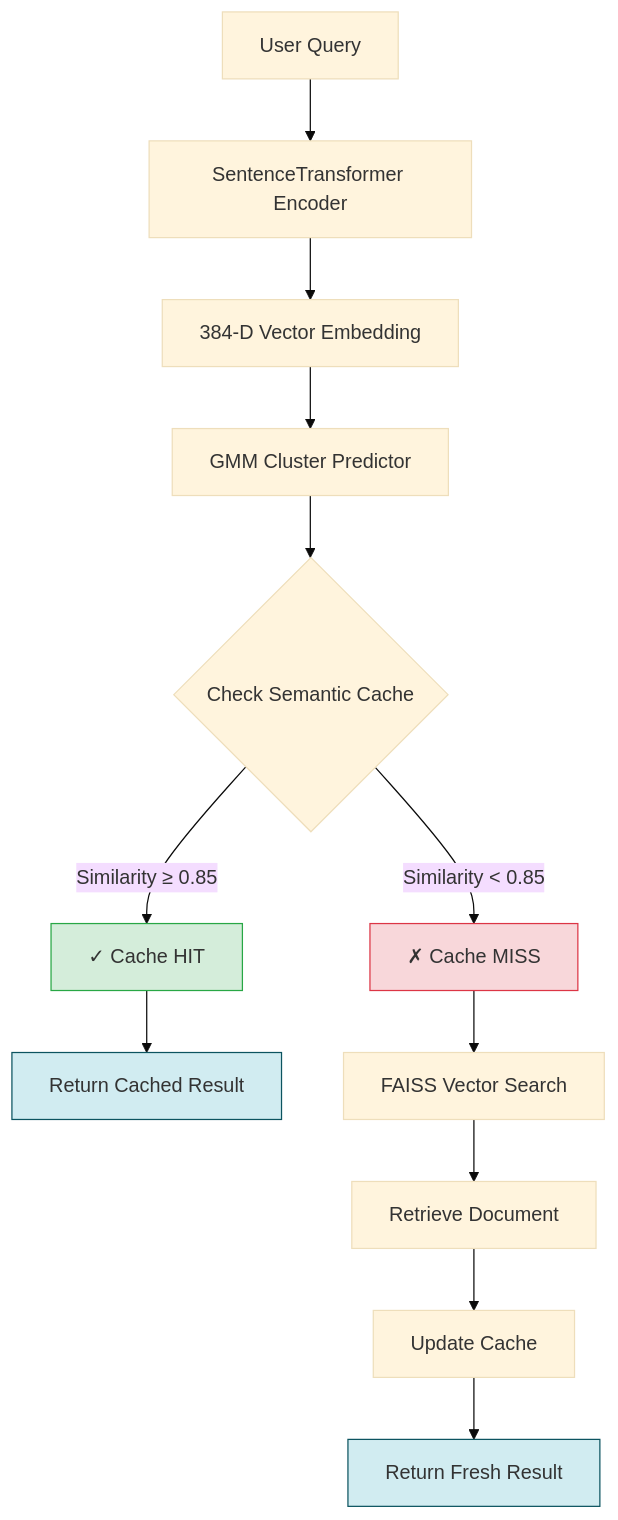
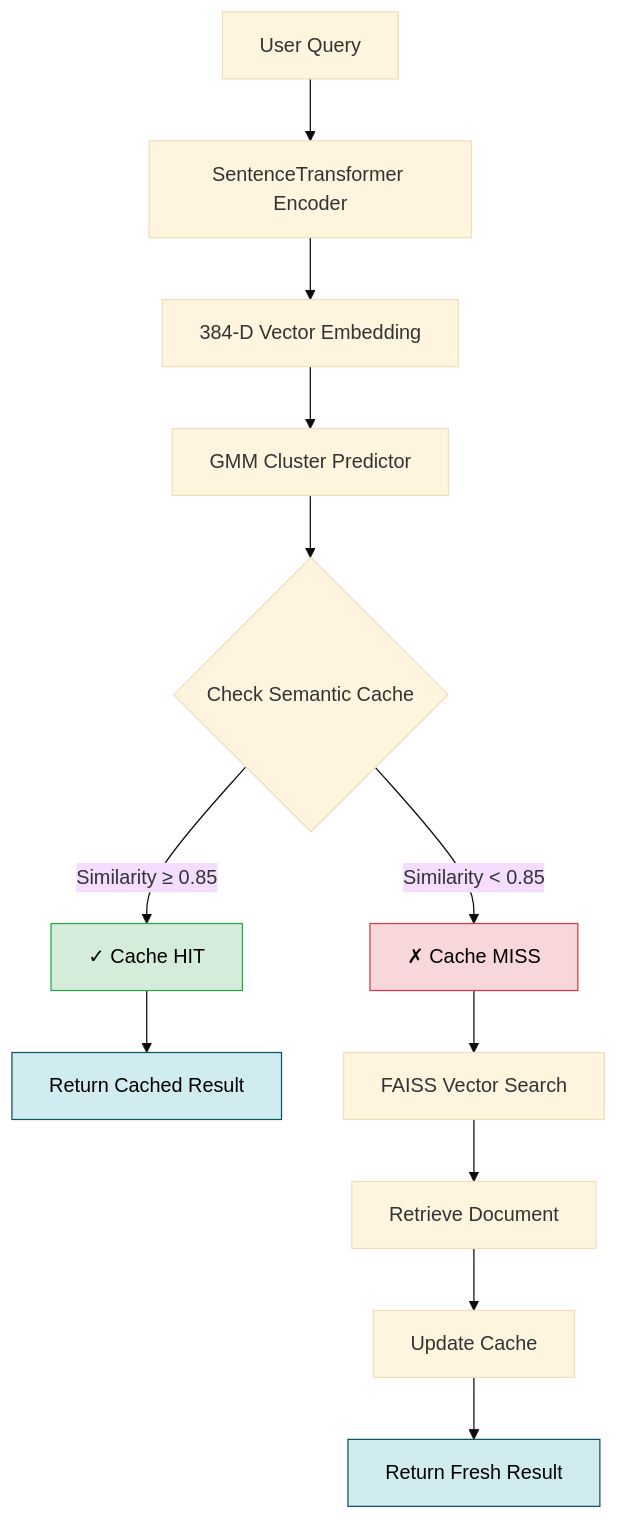
One commit to SaiNihar18/semantic-cache-search changed the diagram in README.md. Above: the diagram before and after it, drawn with Mermaid (base theme). The commit also changed other lines of this file and 2 other files, not shown here.

Commit message:
Clean up repository: remove unused files, fix flowchart colors, and streamline README ending sections

````diff
--- a/README.md
+++ b/README.md
@@ -35,21 +35,21 @@
 ```mermaid
 flowchart TD
     A[User Query] --> B[SentenceTransformer Encoder]
     B --> C[384-D Vector Embedding]
     C --> D[GMM Cluster Predictor]
     D --> E{Check Semantic Cache}
     
     E -->|Similarity ≥ 0.85| F[✓ Cache HIT]
     E -->|Similarity < 0.85| G[✗ Cache MISS]
     
     F --> H[Return Cached Result]
     G --> I[FAISS Vector Search]
     I --> J[Retrieve Document]
     J --> K[Update Cache]
     K --> L[Return Fresh Result]
     
-    style F fill:#d4edda,stroke:#28a745
-    style G fill:#f8d7da,stroke:#dc3545
-    style H fill:#d1ecf1,stroke:#0c5460
-    style L fill:#d1ecf1,stroke:#0c5460
+    style F fill:#d4edda,stroke:#28a745,color:#000
+    style G fill:#f8d7da,stroke:#dc3545,color:#000
+    style H fill:#d1ecf1,stroke:#0c5460,color:#000
+    style L fill:#d1ecf1,stroke:#0c5460,color:#000
 ```
````
